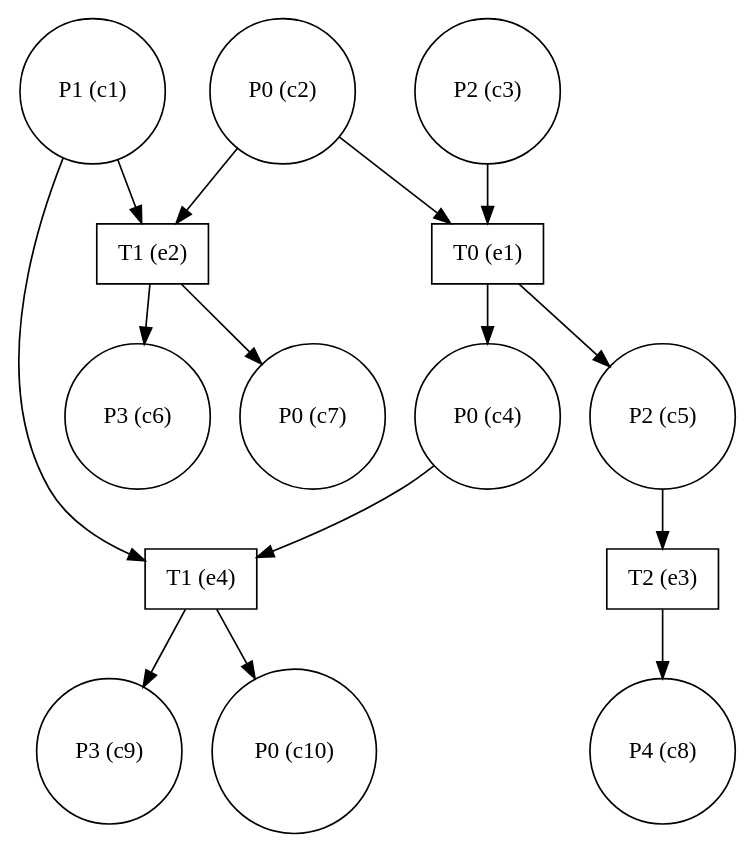
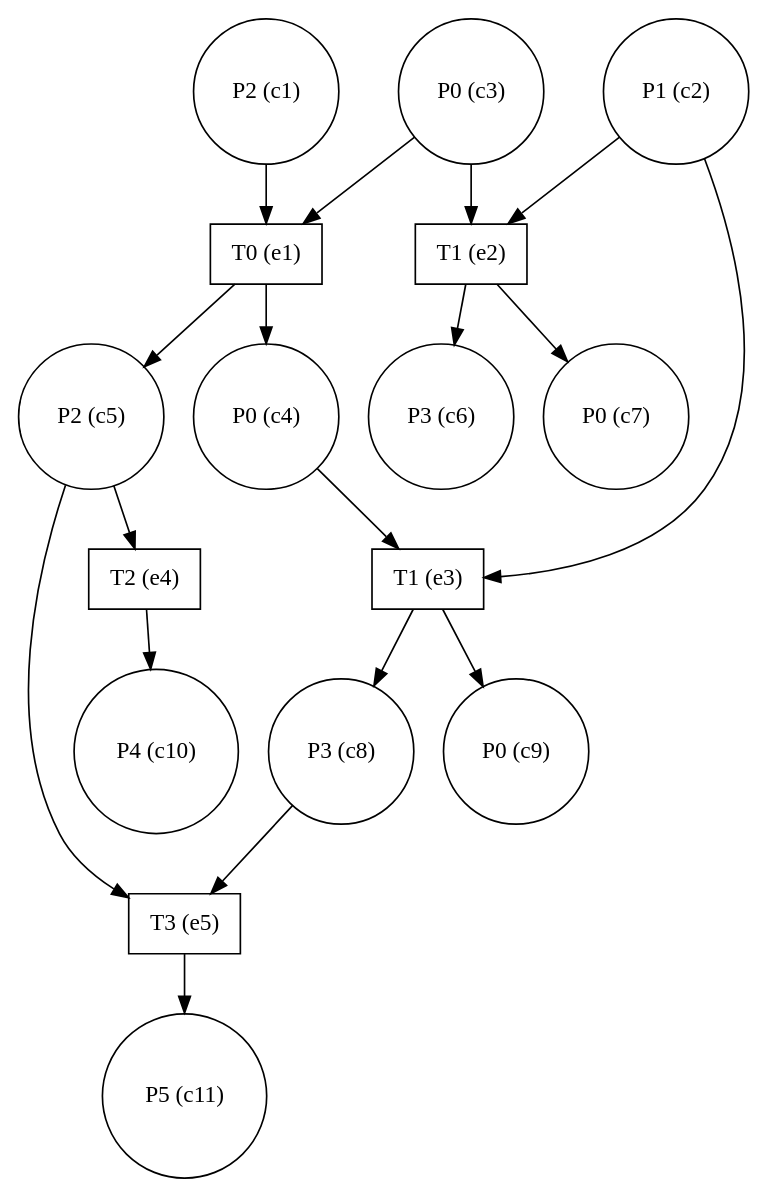
Before and after one commit to giannkas/ecofolder: the diagram in small_eg.dot, drawn with Graphviz. The commit also changed 11 other files, not shown here.

```diff
--- a/small_eg.dot
+++ b/small_eg.dot
@@ -1,30 +1,35 @@
 digraph test {
-  c1 -> e4;
-  c1 -> e2;
+  c1 -> e1;
+  c2 -> e3;
   c2 -> e2;
-  c2 -> e1;
+  c3 -> e2;
   c3 -> e1;
   e1 -> c4;
-  c4 -> e4;
+  c4 -> e3;
   e1 -> c5;
-  c5 -> e3;
+  c5 -> e5;
+  c5 -> e4;
   e2 -> c6;
   e2 -> c7;
   e3 -> c8;
-  e4 -> c9;
+  c8 -> e5;
+  e3 -> c9;
   e4 -> c10;
-  c1 [label="P1 (c1)" shape=circle];
-  c2 [label="P0 (c2)" shape=circle];
-  c3 [label="P2 (c3)" shape=circle];
+  e5 -> c11;
+  c1 [label="P2 (c1)" shape=circle];
+  c2 [label="P1 (c2)" shape=circle];
+  c3 [label="P0 (c3)" shape=circle];
   c4 [label="P0 (c4)" shape=circle];
   c5 [label="P2 (c5)" shape=circle];
   c6 [label="P3 (c6)" shape=circle];
   c7 [label="P0 (c7)" shape=circle];
-  c8 [label="P4 (c8)" shape=circle];
-  c9 [label="P3 (c9)" shape=circle];
-  c10 [label="P0 (c10)" shape=circle];
+  c8 [label="P3 (c8)" shape=circle];
+  c9 [label="P0 (c9)" shape=circle];
+  c10 [label="P4 (c10)" shape=circle];
+  c11 [label="P5 (c11)" shape=circle];
   e1 [label="T0 (e1)" shape=box];
   e2 [label="T1 (e2)" shape=box];
-  e3 [label="T2 (e3)" shape=box];
-  e4 [label="T1 (e4)" shape=box];
+  e3 [label="T1 (e3)" shape=box];
+  e4 [label="T2 (e4)" shape=box];
+  e5 [label="T3 (e5)" shape=box];
 }
```
